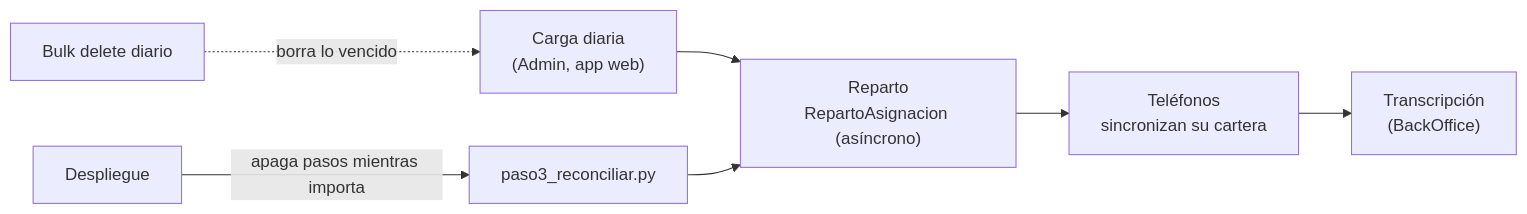
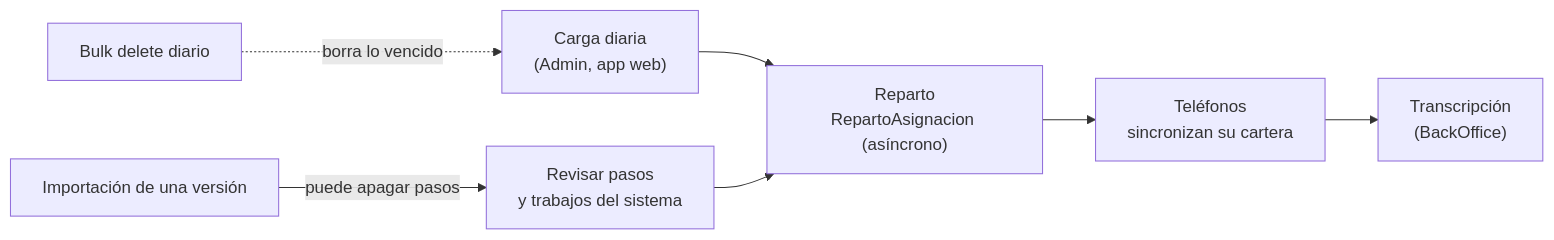
One commit to breaking-bytes-dev/cobranza-movil changed the diagram in docs/tecnica/11-mantenimiento.md. Above: the diagram before and after it, drawn with Mermaid. The commit also changed other lines of this file and 17 other files, not shown here.

````diff
--- a/docs/tecnica/11-mantenimiento.md
+++ b/docs/tecnica/11-mantenimiento.md
@@ -9,9 +11,9 @@
 ```mermaid
 flowchart LR
     CARGA["Carga diaria<br/>(Admin, app web)"] --> REP["Reparto<br/>RepartoAsignacion (asíncrono)"]
     REP --> TEL["Teléfonos<br/>sincronizan su cartera"]
     TEL --> TRX["Transcripción<br/>(BackOffice)"]
     BD["Bulk delete diario"] -.->|borra lo vencido| CARGA
-    DEP["Despliegue"] -->|apaga pasos mientras importa| REC["paso3_reconciliar.py"]
-    REC --> REP
+    DEP["Importación de una versión"] -->|puede apagar pasos| REV["Revisar pasos<br/>y trabajos del sistema"]
+    REV --> REP
 ```
````
